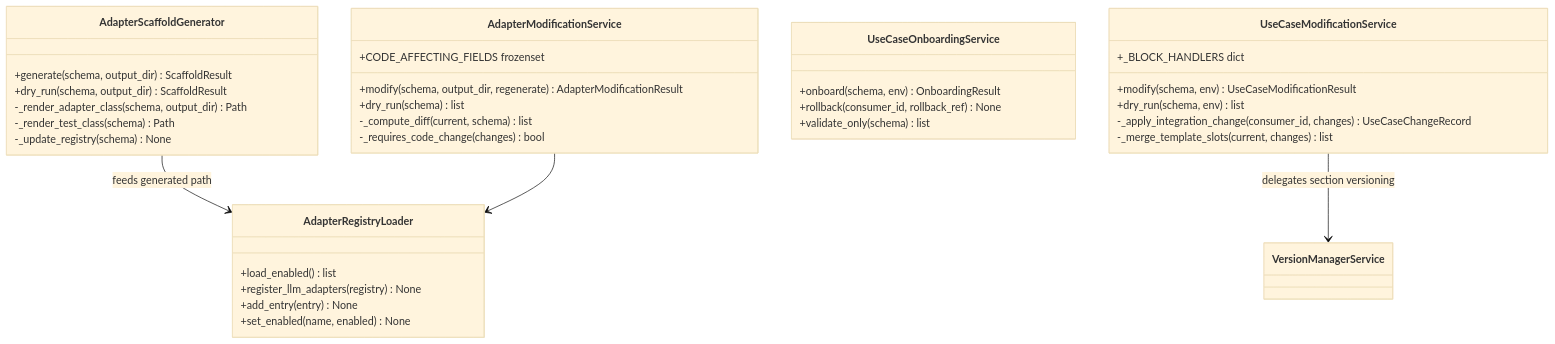
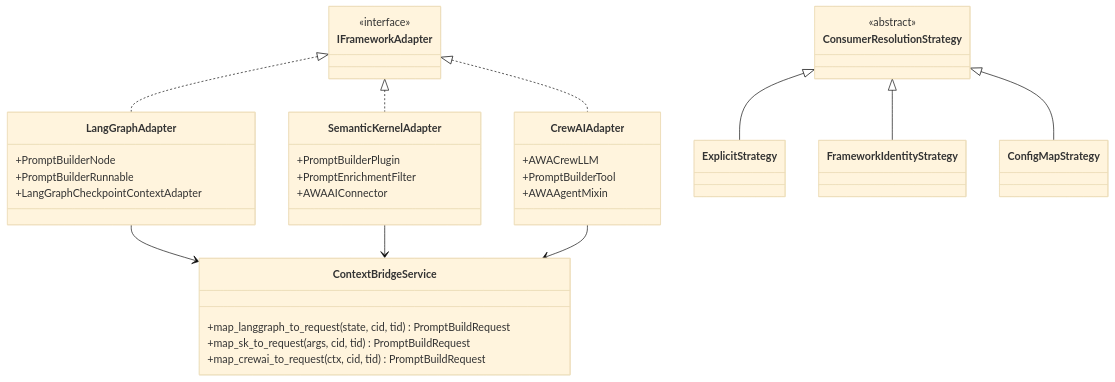
Before and after one commit to Siddharth2908/Prompt_Builder: the fifth of 8 diagrams in AWA_Prompt_Builder_TDD.md, drawn with Mermaid (base theme). The commit also changed other lines of this file, not shown here.

````diff
--- a/AWA_Prompt_Builder_TDD.md
+++ b/AWA_Prompt_Builder_TDD.md
@@ -1752,41 +1549,37 @@
 ```mermaid
 classDiagram
     direction TB
 
-    class AdapterScaffoldGenerator {
-        +generate(schema, output_dir) ScaffoldResult
-        +dry_run(schema, output_dir) ScaffoldResult
-        -_render_adapter_class(schema, output_dir) Path
-        -_render_test_class(schema) Path
-        -_update_registry(schema) None
+    class IFrameworkAdapter { <<interface>> }
+    class ContextBridgeService {
+        +map_langgraph_to_request(state, cid, tid) PromptBuildRequest
+        +map_sk_to_request(args, cid, tid) PromptBuildRequest
+        +map_crewai_to_request(ctx, cid, tid) PromptBuildRequest
     }
-    class AdapterRegistryLoader {
-        +load_enabled() list
-        +register_llm_adapters(registry) None
-        +add_entry(entry) None
-        +set_enabled(name, enabled) None
+    class ConsumerResolutionStrategy { <<abstract>> }
+    class LangGraphAdapter {
+        +PromptBuilderNode
+        +PromptBuilderRunnable
+        +LangGraphCheckpointContextAdapter
     }
-    class AdapterModificationService {
-        +CODE_AFFECTING_FIELDS frozenset
-        +modify(schema, output_dir, regenerate) AdapterModificationResult
-        +dry_run(schema) list
-        -_compute_diff(current, schema) list
-        -_requires_code_change(changes) bool
+    class SemanticKernelAdapter {
+        +PromptBuilderPlugin
+        +PromptEnrichmentFilter
+        +AWAAIConnector
     }
-    class UseCaseOnboardingService {
-        +onboard(schema, env) OnboardingResult
-        +rollback(consumer_id, rollback_ref) None
-        +validate_only(schema) list
-    }
-    class UseCaseModificationService {
-        +_BLOCK_HANDLERS dict
-        +modify(schema, env) UseCaseModificationResult
-        +dry_run(schema, env) list
-        -_apply_integration_change(consumer_id, changes) UseCaseChangeRecord
-        -_merge_template_slots(current, changes) list
+    class CrewAIAdapter {
+        +AWACrewLLM
+        +PromptBuilderTool
+        +AWAAgentMixin
     }
 
-    AdapterScaffoldGenerator --> AdapterRegistryLoader : feeds generated path
-    AdapterModificationService --> AdapterRegistryLoader
-    UseCaseModificationService --> VersionManagerService : delegates section versioning
+    IFrameworkAdapter <|.. LangGraphAdapter
+    IFrameworkAdapter <|.. SemanticKernelAdapter
+    IFrameworkAdapter <|.. CrewAIAdapter
+    LangGraphAdapter --> ContextBridgeService
+    SemanticKernelAdapter --> ContextBridgeService
+    CrewAIAdapter --> ContextBridgeService
+    ConsumerResolutionStrategy <|-- ExplicitStrategy
+    ConsumerResolutionStrategy <|-- FrameworkIdentityStrategy
+    ConsumerResolutionStrategy <|-- ConfigMapStrategy
 ```
````
